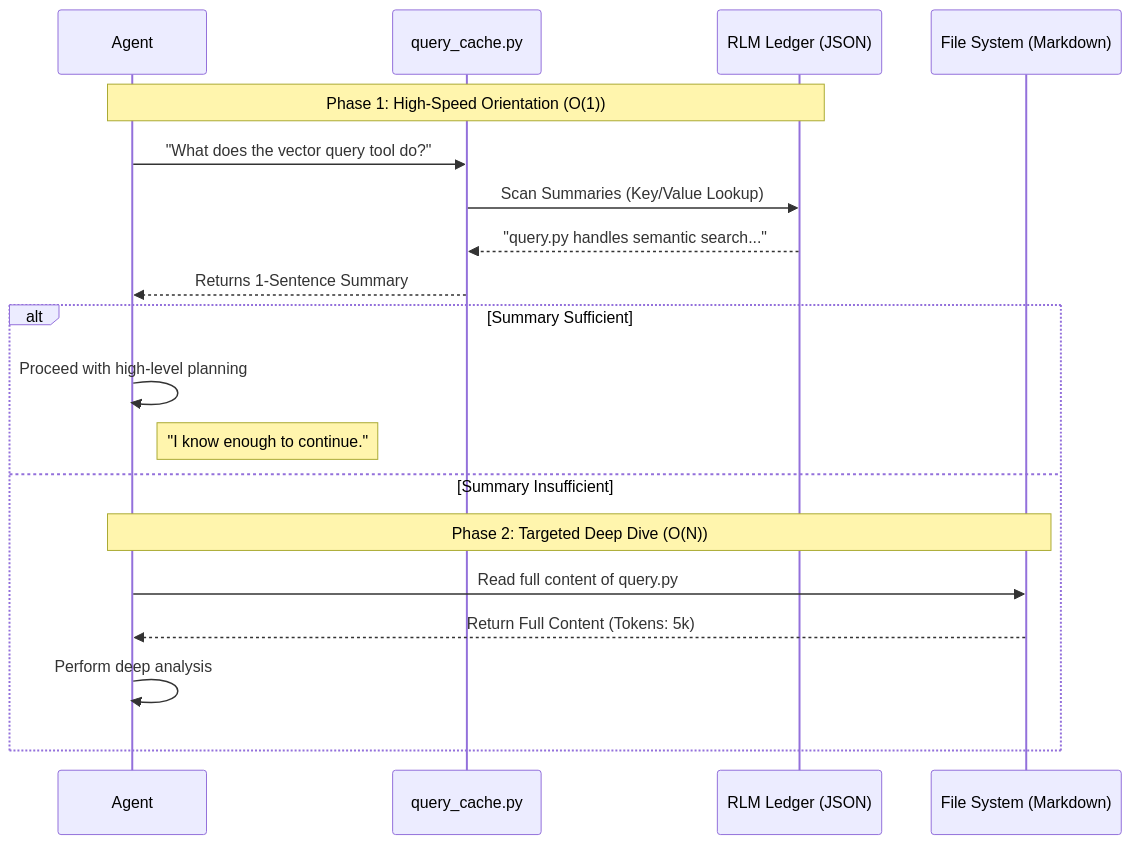
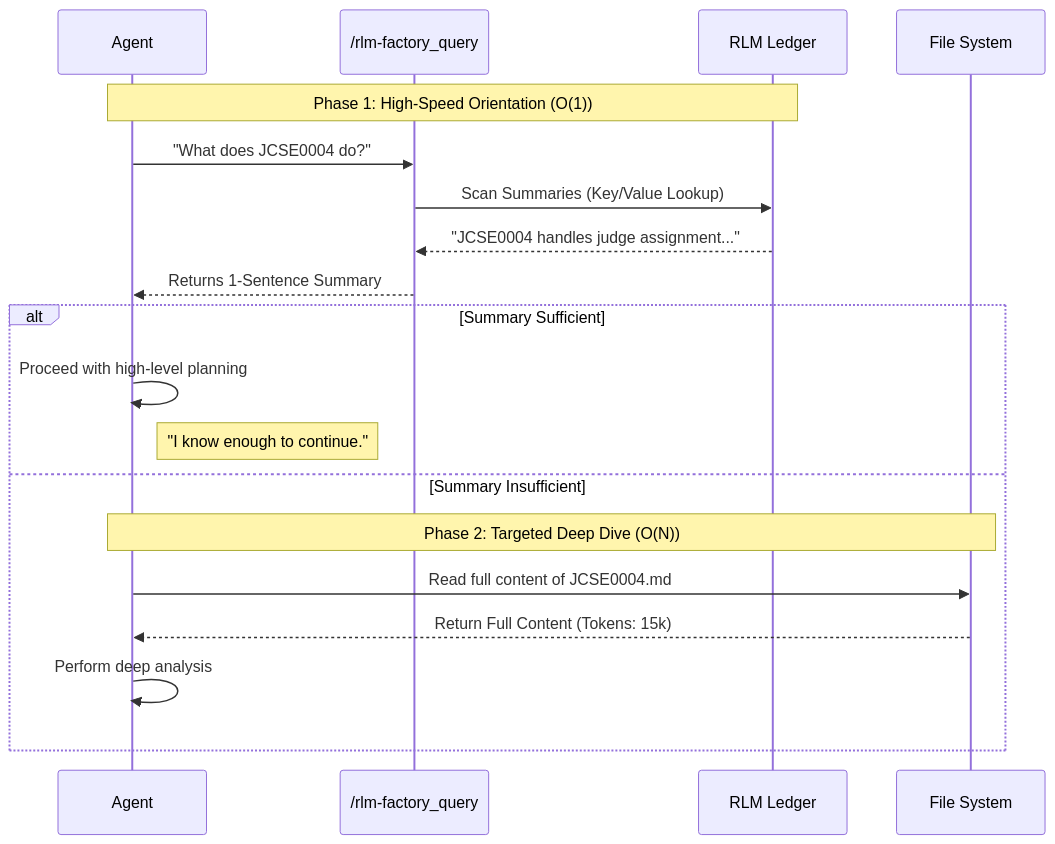
One commit to richfrem/InvestmentToolkit changed the diagram in plugins/rlm-factory/docs/search_process.mmd. Above: the diagram before and after it, drawn with Mermaid. The commit also changed 442 other files, not shown here.

```diff
--- a/plugins/rlm-factory/docs/search_process.mmd
+++ b/plugins/rlm-factory/docs/search_process.mmd
@@ -1,22 +1,22 @@
 sequenceDiagram
     participant Agent
-    participant QueryTool as query_cache.py
-    participant Ledger as RLM Ledger (JSON)
-    participant FileSys as File System (Markdown)
+    participant QueryTool as /rlm-factory_query
+    participant Ledger as RLM Ledger
+    participant FileSys as File System
 
     Note over Agent, Ledger: Phase 1: High-Speed Orientation (O(1))
     
-    Agent->>QueryTool: "What does the vector query tool do?"
+    Agent->>QueryTool: "What does JCSE0004 do?"
     QueryTool->>Ledger: Scan Summaries (Key/Value Lookup)
-    Ledger-->>QueryTool: "query.py handles semantic search..."
+    Ledger-->>QueryTool: "JCSE0004 handles judge assignment..."
     QueryTool-->>Agent: Returns 1-Sentence Summary
     
     alt Summary Sufficient
         Agent->>Agent: Proceed with high-level planning
         Note right of Agent: "I know enough to continue."
     else Summary Insufficient
         Note over Agent, FileSys: Phase 2: Targeted Deep Dive (O(N))
-        Agent->>FileSys: Read full content of query.py
-        FileSys-->>Agent: Return Full Content (Tokens: 5k)
+        Agent->>FileSys: Read full content of JCSE0004.md
+        FileSys-->>Agent: Return Full Content (Tokens: 15k)
         Agent->>Agent: Perform deep analysis
     end
```
